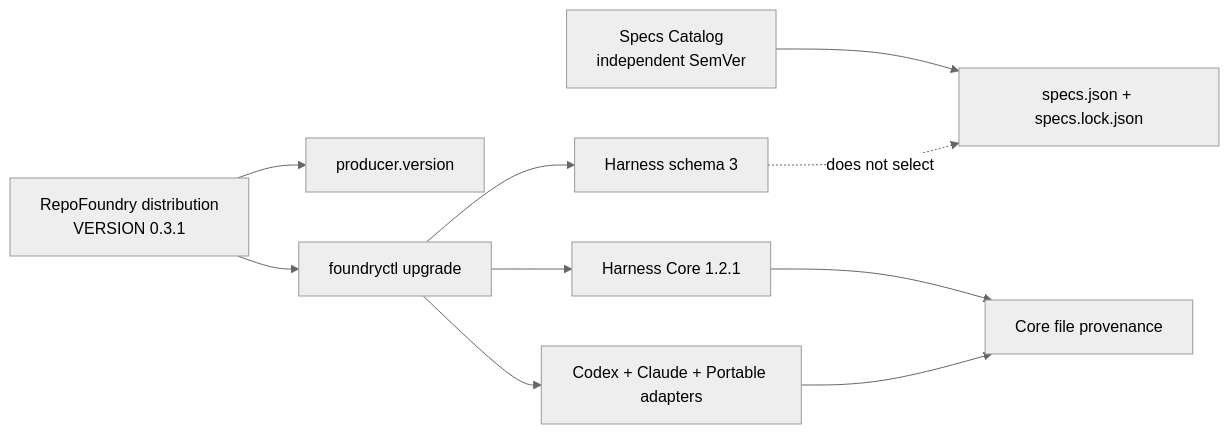
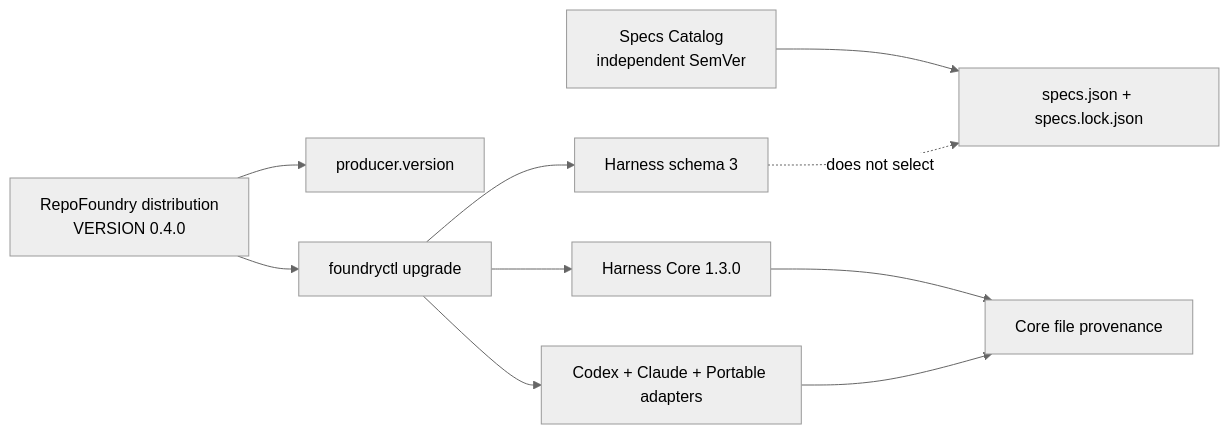
One commit to XiaoWeiKIN/RepoFoundryAI changed the first of 3 diagrams in docs/design-docs/repo-foundry-versioning-and-migrations.md. Above: the diagram before and after it, drawn with Mermaid (neutral theme). The commit also changed other lines of this file and 24 other files, not shown here.

````diff
--- a/docs/design-docs/repo-foundry-versioning-and-migrations.md
+++ b/docs/design-docs/repo-foundry-versioning-and-migrations.md
@@ -63,12 +73,12 @@
 ```mermaid
 flowchart LR
-    D["RepoFoundry distribution<br/>VERSION 0.3.1"] --> P["producer.version"]
+    D["RepoFoundry distribution<br/>VERSION 0.4.0"] --> P["producer.version"]
     D --> U["foundryctl upgrade"]
     U --> H["Harness schema 3"]
-    U --> C["Harness Core 1.2.1"]
+    U --> C["Harness Core 1.3.0"]
     U --> A["Codex + Claude + Portable adapters"]
     C --> F["Core file provenance"]
     A --> F
     S["Specs Catalog<br/>independent SemVer"] --> L["specs.json + specs.lock.json"]
     H -.->|"does not select"| L
 ```
````
